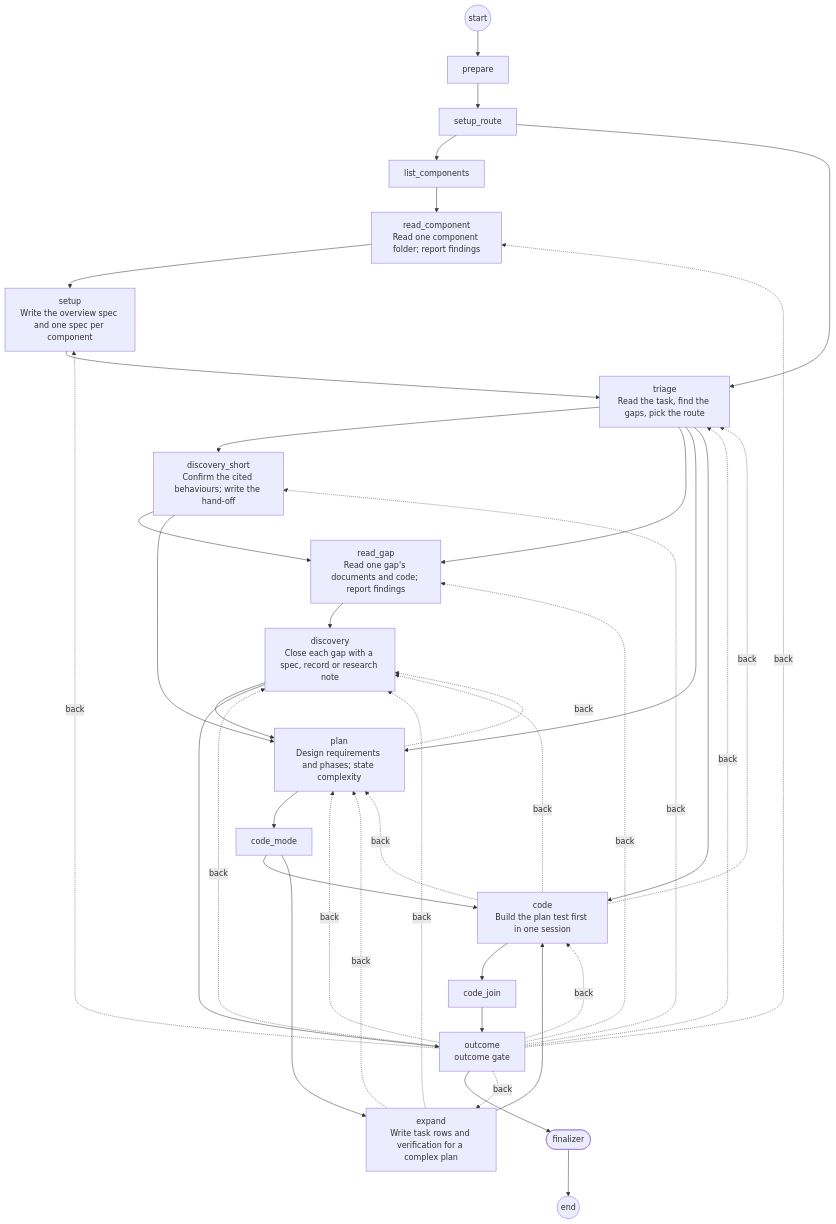
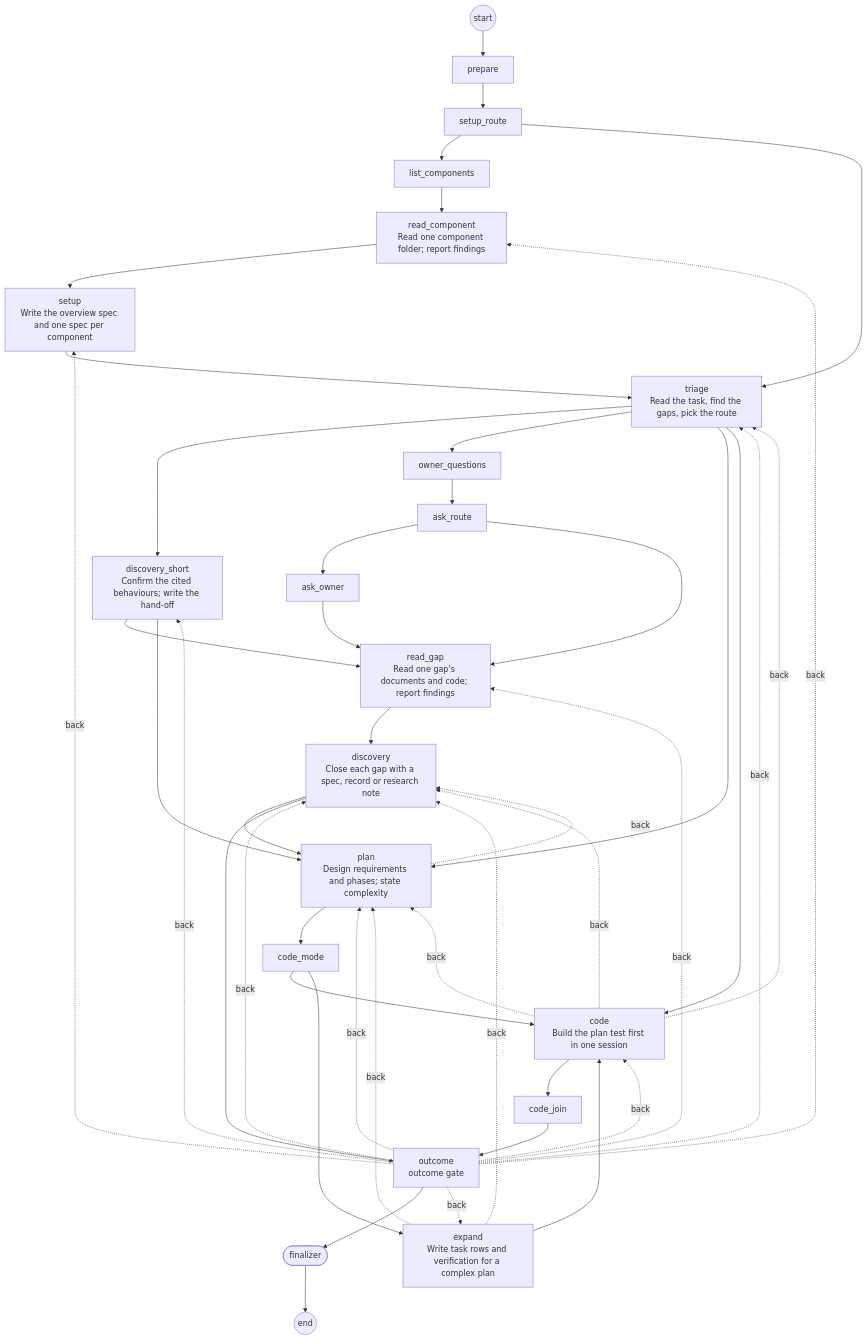
The diagram in plugins/temperspec-tgraph/diagram/workflow.md (dbr0vskyi/tempergraph), drawn with Mermaid before and after one commit. The commit also changed 24 other files, not shown here.

````diff
--- a/plugins/temperspec-tgraph/diagram/workflow.md
+++ b/plugins/temperspec-tgraph/diagram/workflow.md
@@ -1,61 +1,68 @@
 ```mermaid
 flowchart TD
   start((start))
   u0["prepare"]
   u1["setup_route"]
   u2["list_components"]
   u3["read_component<br/>Read one component folder; report findings"]
   u4["setup<br/>Write the overview spec and one spec per component"]
   u5["triage<br/>Read the task, find the gaps, pick the route"]
   u6["discovery_short<br/>Confirm the cited behaviours; write the hand-off"]
-  u7["read_gap<br/>Read one gap's documents and code; report findings"]
-  u8["discovery<br/>Close each gap with a spec, record or research note"]
-  u9["plan<br/>Design requirements and phases; state complexity"]
-  u10["code_mode"]
-  u11["expand<br/>Write task rows and verification for a complex plan"]
-  u12["code<br/>Build the plan test first in one session"]
-  u13["code_join"]
-  u14["outcome<br/>outcome gate"]
+  u7["owner_questions"]
+  u8["ask_route"]
+  u9["ask_owner"]
+  u10["read_gap<br/>Read one gap's documents and code; report findings"]
+  u11["discovery<br/>Close each gap with a spec, record or research note"]
+  u12["plan<br/>Design requirements and phases; state complexity"]
+  u13["code_mode"]
+  u14["expand<br/>Write task rows and verification for a complex plan"]
+  u15["code<br/>Build the plan test first in one session"]
+  u16["code_join"]
+  u17["outcome<br/>outcome gate"]
   fin([finalizer])
   stop((end))
   start --> u0
   u0 --> u1
   u1 --> u2
   u1 --> u5
   u2 --> u3
   u3 --> u4
   u4 --> u5
   u5 --> u6
   u5 --> u7
-  u5 --> u9
   u5 --> u12
-  u6 --> u7
-  u6 --> u9
+  u5 --> u15
+  u6 --> u10
+  u6 --> u12
   u7 --> u8
   u8 --> u9
-  u8 --> u14
+  u8 --> u10
   u9 --> u10
-  u9 -.->|back| u8
-  u10 --> u12
   u10 --> u11
   u11 --> u12
-  u11 -.->|back| u9
-  u11 -.->|back| u8
+  u11 --> u17
   u12 --> u13
-  u12 -.->|back| u9
-  u12 -.->|back| u8
-  u12 -.->|back| u5
+  u12 -.->|back| u11
+  u13 --> u15
   u13 --> u14
-  u14 --> fin
-  u14 -.->|back| u3
-  u14 -.->|back| u4
-  u14 -.->|back| u5
-  u14 -.->|back| u6
-  u14 -.->|back| u7
-  u14 -.->|back| u8
-  u14 -.->|back| u9
+  u14 --> u15
+  u14 -.->|back| u12
   u14 -.->|back| u11
-  u14 -.->|back| u12
+  u15 --> u16
+  u15 -.->|back| u12
+  u15 -.->|back| u11
+  u15 -.->|back| u5
+  u16 --> u17
+  u17 --> fin
+  u17 -.->|back| u3
+  u17 -.->|back| u4
+  u17 -.->|back| u5
+  u17 -.->|back| u6
+  u17 -.->|back| u10
+  u17 -.->|back| u11
+  u17 -.->|back| u12
+  u17 -.->|back| u14
+  u17 -.->|back| u15
   fin --> stop
 
 ```
````
